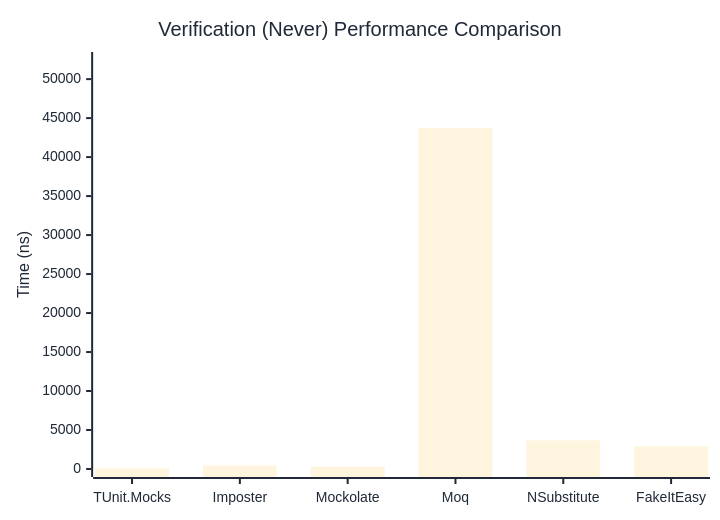
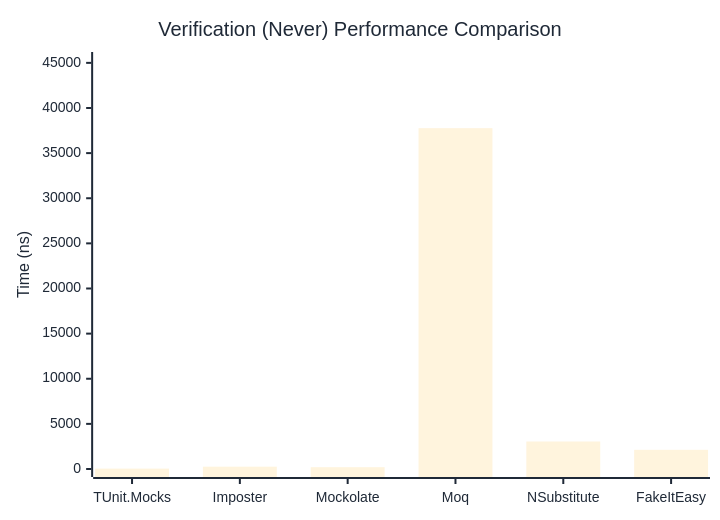
One commit to thomhurst/TUnit changed the second of 3 diagrams in docs/docs/benchmarks/mocks/Verification.md. Above: the diagram before and after it, drawn with Mermaid. The commit also changed other lines of this file and 14 other files, not shown here.

````diff
--- a/docs/docs/benchmarks/mocks/Verification.md
+++ b/docs/docs/benchmarks/mocks/Verification.md
@@ -71,27 +71,27 @@
 ```mermaid
 %%{init: {
   'theme':'base',
   'themeVariables': {
     'primaryColor': '#2563eb',
     'primaryTextColor': '#1f2937',
     'primaryBorderColor': '#1e40af',
     'lineColor': '#6b7280',
     'secondaryColor': '#7c3aed',
     'tertiaryColor': '#dc2626',
     'background': '#ffffff',
     'pie1': '#2563eb',
     'pie2': '#7c3aed',
     'pie3': '#dc2626',
     'pie4': '#f59e0b',
     'pie5': '#10b981',
     'pie6': '#06b6d4',
     'pie7': '#ec4899',
     'pie8': '#6366f1'
   }
 }}%%
 xychart-beta
   title "Verification (Never) Performance Comparison"
   x-axis ["TUnit.Mocks", "Imposter", "Mockolate", "Moq", "NSubstitute", "FakeItEasy"]
-  y-axis "Time (ns)" 0 --> 52451
-  bar [69.3, 442.48, 290.6, 43709.12, 3675.08, 2892.67]
+  y-axis "Time (ns)" 0 --> 45317
+  bar [43.72, 258.09, 200.22, 37763.88, 3047.12, 2124.92]
 ```
````
